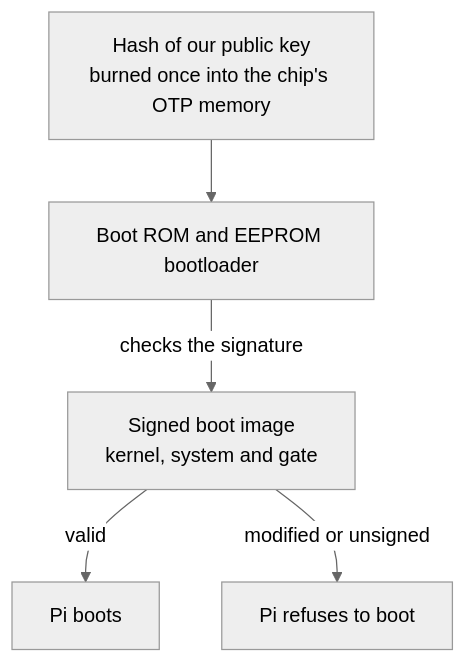
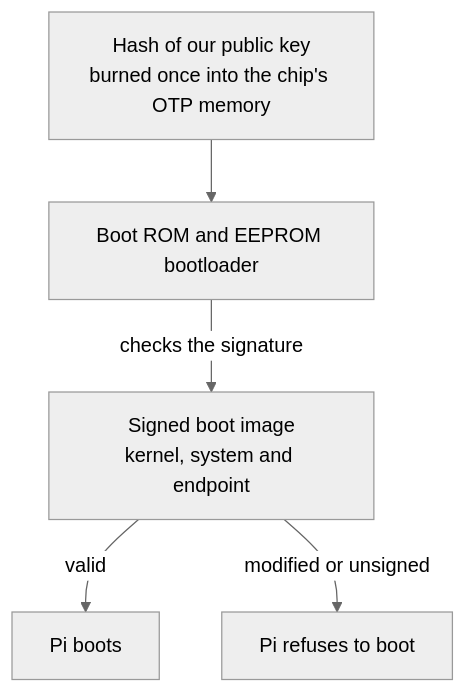
Before and after one commit to 0x471/fasr-proof-gated-egress: the diagram in book/diagrams/secure-boot.mmd, drawn with Mermaid (neutral theme). The commit also changed 82 other files, not shown here.

Commit message:
refactor: rename the gate to the endpoint throughout

```diff
--- a/book/diagrams/secure-boot.mmd
+++ b/book/diagrams/secure-boot.mmd
@@ -1,5 +1,5 @@
 flowchart TD
     OTP["Hash of our public key<br/>burned once into the chip's OTP memory"] --> BL["Boot ROM and EEPROM bootloader"]
-    BL -->|"checks the signature"| IMG["Signed boot image<br/>kernel, system and gate"]
+    BL -->|"checks the signature"| IMG["Signed boot image<br/>kernel, system and endpoint"]
     IMG -->|"valid"| RUN["Pi boots"]
     IMG -->|"modified or unsigned"| HALT["Pi refuses to boot"]
```
